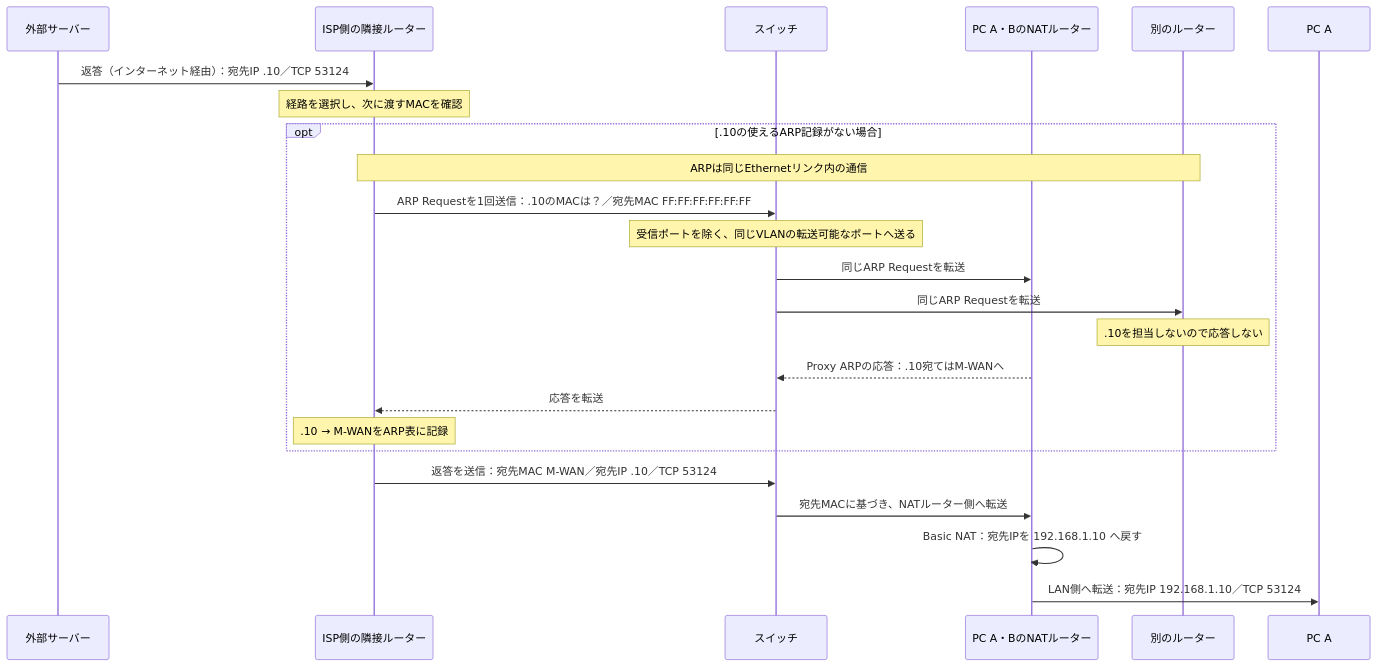
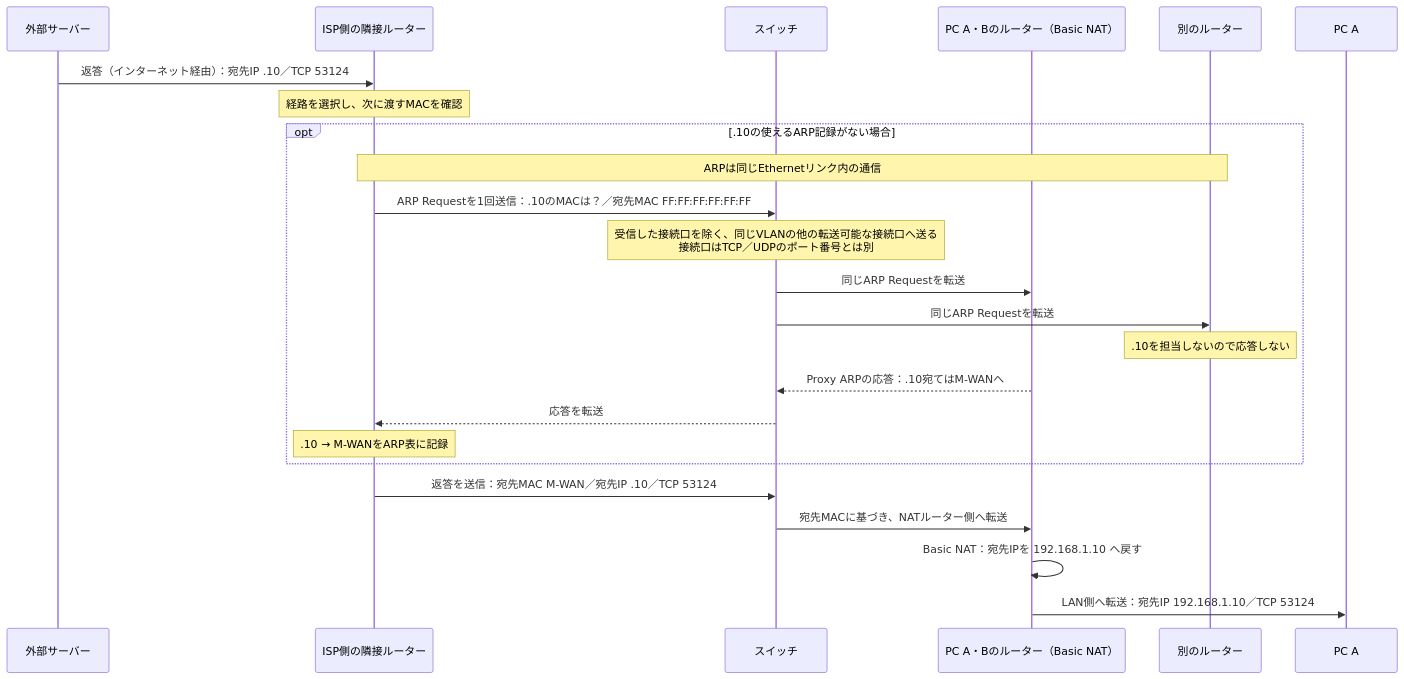
The third of 4 diagrams in engineering/question/basic_security_at_home_20261005_question15_16_nat_napt.md (mgmaru/reading-notes), drawn with Mermaid before and after one commit. The commit also changed other lines of this file and 1 other file, not shown here.

````diff
--- a/engineering/question/basic_security_at_home_20261005_question15_16_nat_napt.md
+++ b/engineering/question/basic_security_at_home_20261005_question15_16_nat_napt.md
@@ -448,26 +450,26 @@
 ```mermaid
 sequenceDiagram
     participant S as 外部サーバー
     participant U as ISP側の隣接ルーター
     participant W as スイッチ
-    participant R as PC A・BのNATルーター
+    participant R as PC A・Bのルーター（Basic NAT）
     participant O as 別のルーター
     participant A as PC A
     S->>U: 返答（インターネット経由）：宛先IP .10／TCP 53124
     Note over U: 経路を選択し、次に渡すMACを確認
     opt .10の使えるARP記録がない場合
         Note over U,O: ARPは同じEthernetリンク内の通信
         U->>W: ARP Requestを1回送信：.10のMACは？／宛先MAC FF:FF:FF:FF:FF:FF
-        Note over W: 受信ポートを除く、同じVLANの転送可能なポートへ送る
+        Note over W: 受信した接続口を除く、同じVLANの他の転送可能な接続口へ送る<br/>接続口はTCP／UDPのポート番号とは別
         W->>R: 同じARP Requestを転送
         W->>O: 同じARP Requestを転送
         Note over O: .10を担当しないので応答しない
         R-->>W: Proxy ARPの応答：.10宛てはM-WANへ
         W-->>U: 応答を転送
         Note over U: .10 → M-WANをARP表に記録
     end
     U->>W: 返答を送信：宛先MAC M-WAN／宛先IP .10／TCP 53124
     W->>R: 宛先MACに基づき、NATルーター側へ転送
     R->>R: Basic NAT：宛先IPを 192.168.1.10 へ戻す
     R->>A: LAN側へ転送：宛先IP 192.168.1.10／TCP 53124
 ```
````
